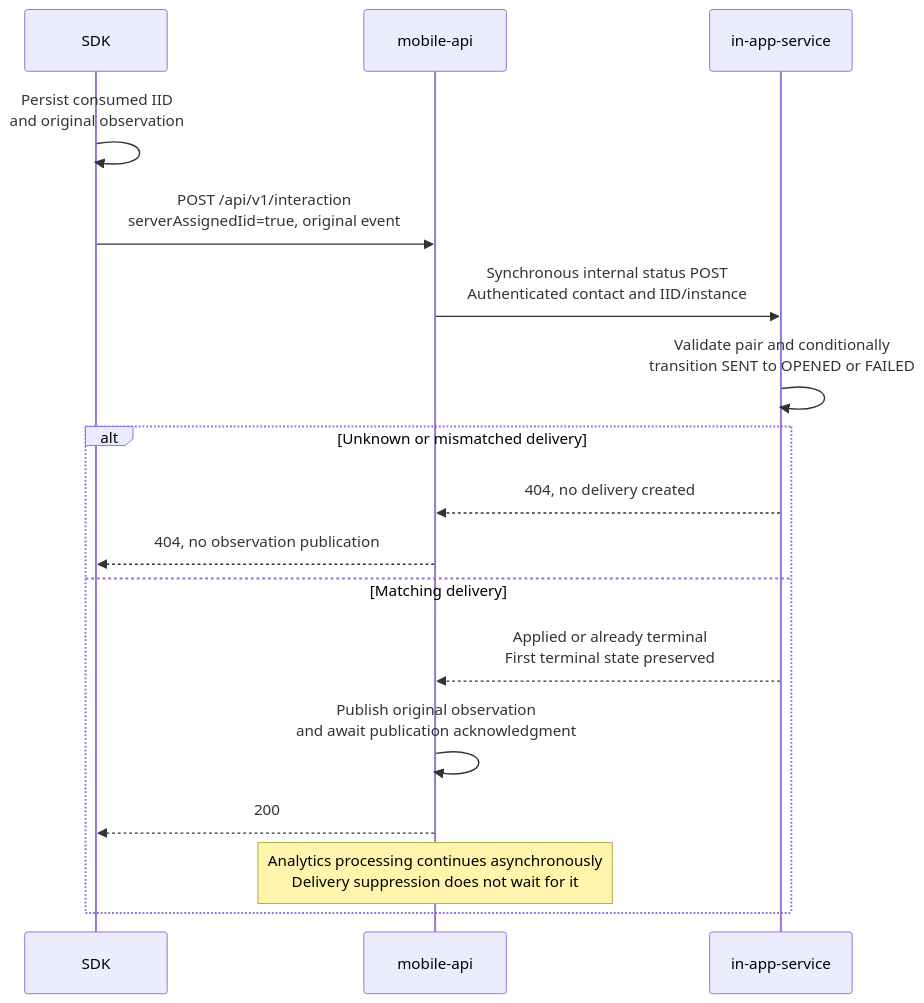
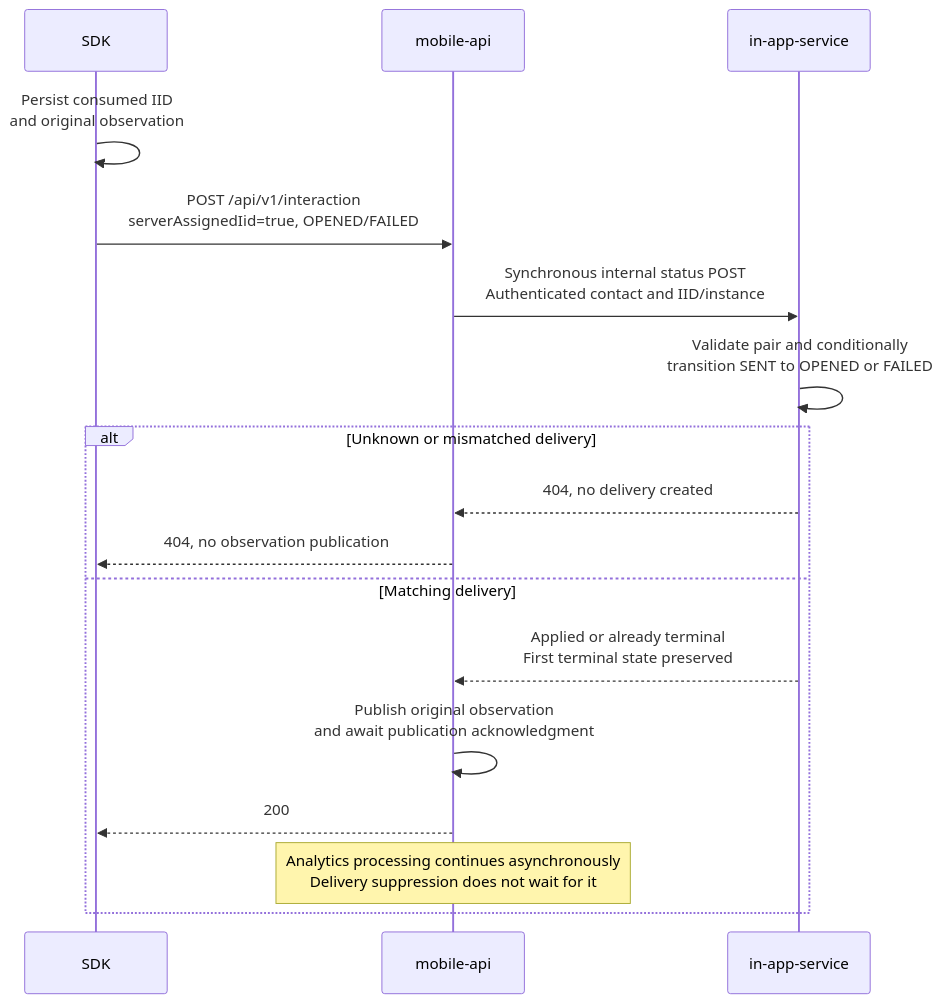
The second of 3 diagrams in docs/in-app-workflow/README.md (reteno-com/reteno-mobile-android-sdk), drawn with Mermaid before and after one commit. The commit also changed other lines of this file and 9 other files, not shown here.

````diff
--- a/docs/in-app-workflow/README.md
+++ b/docs/in-app-workflow/README.md
@@ -114,19 +119,19 @@
 ```mermaid
 sequenceDiagram
     participant S as SDK
     participant M as mobile-api
     participant I as in-app-service
     S->>S: Persist consumed IID<br/>and original observation
-    S->>M: POST /api/v1/interaction<br/>serverAssignedIid=true, original event
+    S->>M: POST /api/v1/interaction<br/>serverAssignedIid=true, OPENED/FAILED
     M->>I: Synchronous internal status POST<br/>Authenticated contact and IID/instance
     I->>I: Validate pair and conditionally<br/>transition SENT to OPENED or FAILED
     alt Unknown or mismatched delivery
         I-->>M: 404, no delivery created
         M-->>S: 404, no observation publication
     else Matching delivery
         I-->>M: Applied or already terminal<br/>First terminal state preserved
         M->>M: Publish original observation<br/>and await publication acknowledgment
         M-->>S: 200
         Note over M: Analytics processing continues asynchronously<br/>Delivery suppression does not wait for it
     end
 ```
````
